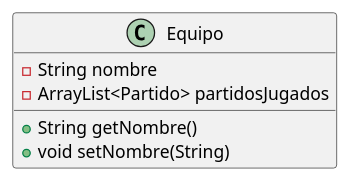
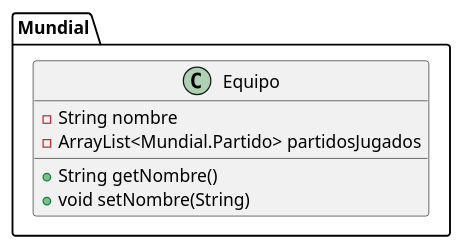
One commit to tatiAndonegui/TrabajoPractico2 changed the diagram in TP2/equipo.puml. Above: the diagram before and after it, drawn with PlantUML. The commit also changed 27 other files, not shown here.

```diff
--- a/TP2/equipo.puml
+++ b/TP2/equipo.puml
@@ -1,8 +1,8 @@
 @startuml
-class Equipo {
+class Mundial.Equipo {
 - String nombre
-- ArrayList<Partido> partidosJugados
+- ArrayList<Mundial.Partido> partidosJugados
 + String getNombre()
 + void setNombre(String)
 }
 @enduml
```
